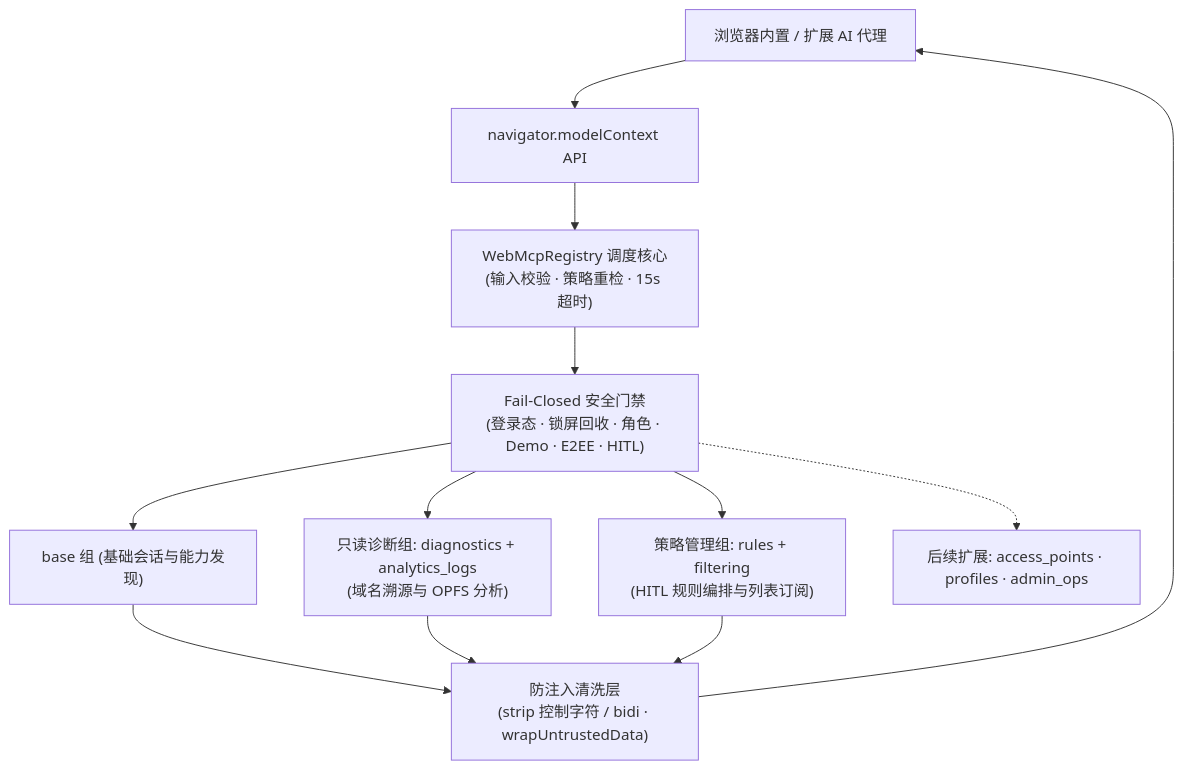
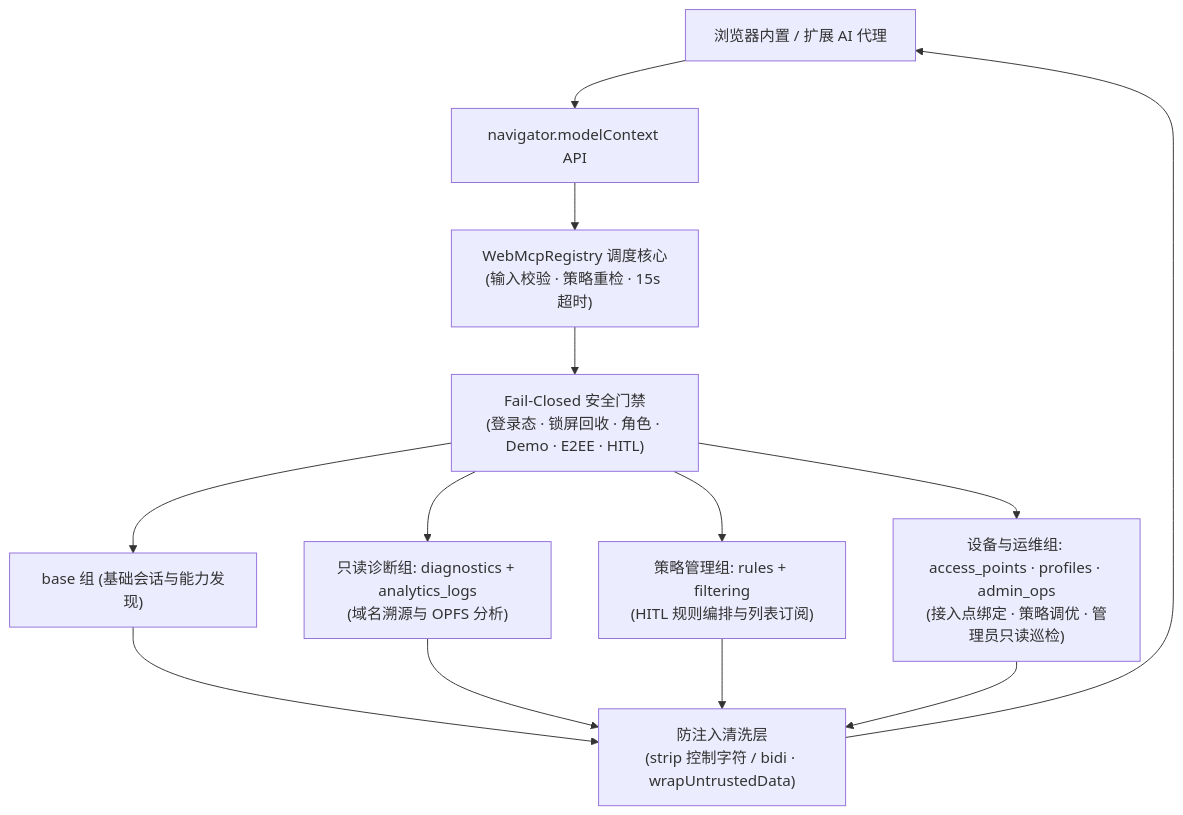
One commit to Oppidi/DNS-Worker changed the diagram in docs/src/content/docs/zh-cn/mcp/overview.mdx. Above: the diagram before and after it, drawn with Mermaid. The commit also changed other lines of this file and 19 other files, not shown here.

First line of the commit message:
feat(webmcp): implement Phase 3 tools for Access Points, Profiles, and Admin Ops

````diff
--- a/docs/src/content/docs/zh-cn/mcp/overview.mdx
+++ b/docs/src/content/docs/zh-cn/mcp/overview.mdx
@@ -18,22 +18,23 @@
 ```mermaid
 flowchart TD
     AGENT["浏览器内置 / 扩展 AI 代理"]
     NAV["navigator.modelContext API"]
     REG["WebMcpRegistry 调度核心<br/>(输入校验 · 策略重检 · 15s 超时)"]
     GATE["Fail-Closed 安全门禁<br/>(登录态 · 锁屏回收 · 角色 · Demo · E2EE · HITL)"]
     CLEAN["防注入清洗层<br/>(strip 控制字符 / bidi · wrapUntrustedData)"]
     MOD_BASE["base 组 (基础会话与能力发现)"]
     MOD_DIAG["只读诊断组: diagnostics + analytics_logs<br/>(域名溯源与 OPFS 分析)"]
     MOD_POLICY["策略管理组: rules + filtering<br/>(HITL 规则编排与列表订阅)"]
-    MOD_OPS["后续扩展: access_points · profiles · admin_ops"]
+    MOD_OPS["设备与运维组: access_points · profiles · admin_ops<br/>(接入点绑定 · 策略调优 · 管理员只读巡检)"]
 
     AGENT --> NAV --> REG
     REG --> GATE
     GATE --> MOD_BASE
     GATE --> MOD_DIAG
     GATE --> MOD_POLICY
-    GATE -.-> MOD_OPS
+    GATE --> MOD_OPS
     MOD_BASE --> CLEAN --> AGENT
     MOD_DIAG --> CLEAN
     MOD_POLICY --> CLEAN
+    MOD_OPS --> CLEAN
 ```
````
